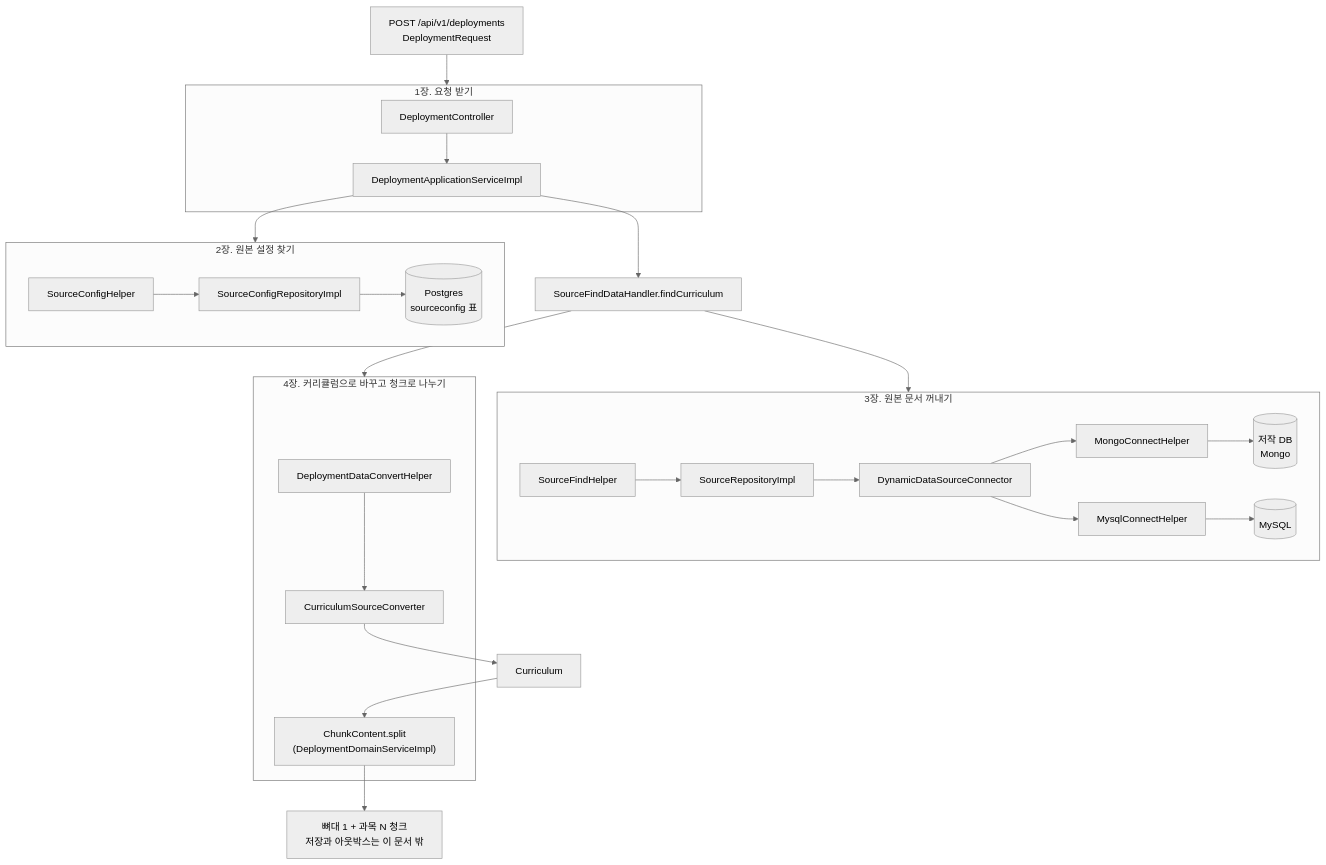
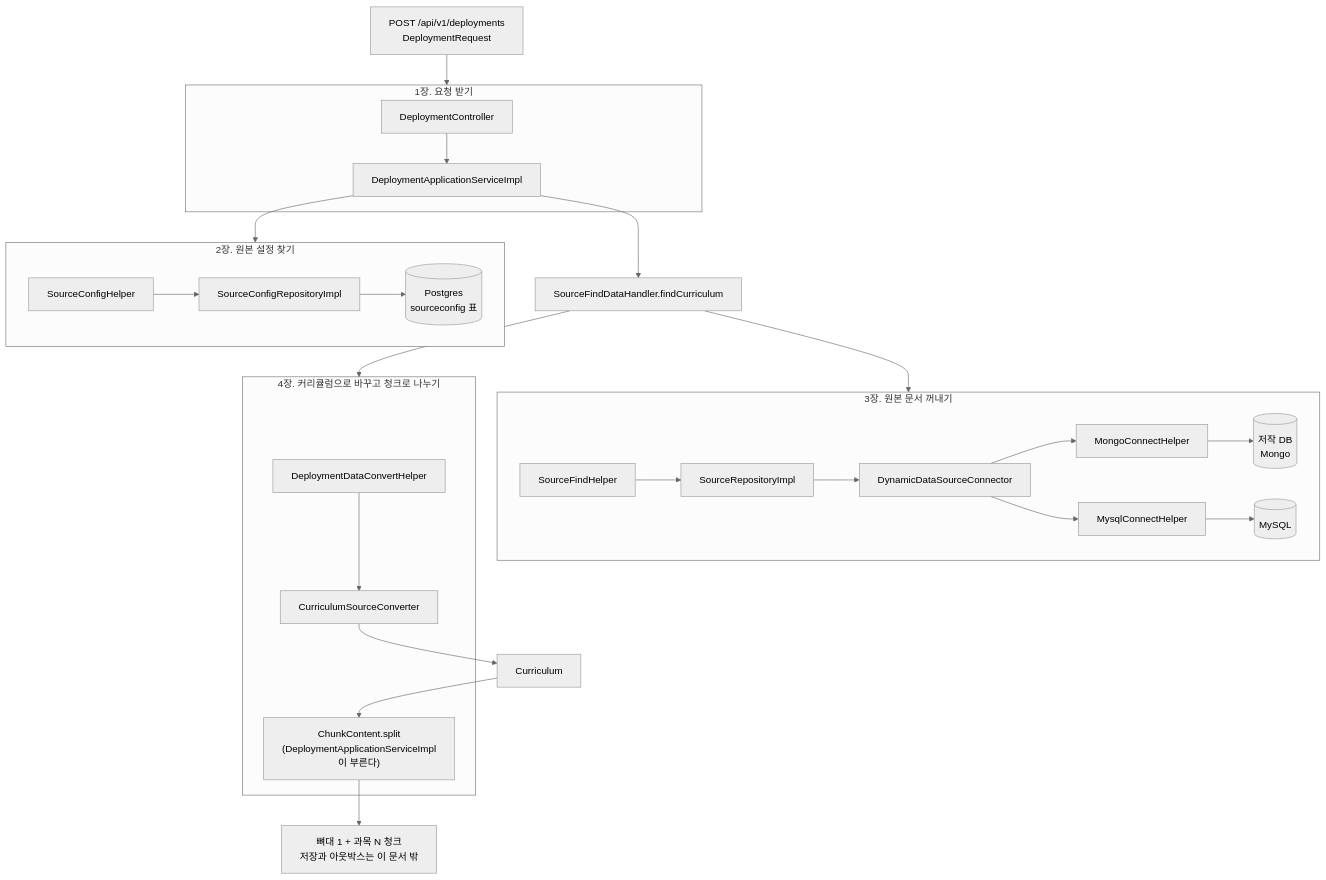
Before and after one commit to brunosong/transfersystem: the first of 15 diagrams in docs/system/source-read.md, drawn with Mermaid (neutral theme). The commit also changed other lines of this file and 6 other files, not shown here.

````diff
--- a/docs/system/source-read.md
+++ b/docs/system/source-read.md
@@ -11,31 +11,31 @@
 ```mermaid
 flowchart TD
   REQ["POST /api/v1/deployments<br/>DeploymentRequest"] --> P1
 
   subgraph P1["1장. 요청 받기"]
     C[DeploymentController] --> S[DeploymentApplicationServiceImpl]
   end
 
   S --> P2
   subgraph P2["2장. 원본 설정 찾기"]
     CH[SourceConfigHelper] --> CR[SourceConfigRepositoryImpl] --> PGDB[(Postgres<br/>sourceconfig 표)]
   end
 
   S --> H[SourceFindDataHandler.findCurriculum]
 
   H --> P3
   subgraph P3["3장. 원본 문서 꺼내기"]
     FH[SourceFindHelper] --> SR[SourceRepositoryImpl] --> DC[DynamicDataSourceConnector]
     DC --> MG[MongoConnectHelper] --> MDB[(저작 DB<br/>Mongo)]
     DC --> MY[MysqlConnectHelper] --> YDB[(MySQL)]
   end
 
   H --> P4
   subgraph P4["4장. 커리큘럼으로 바꾸고 청크로 나누기"]
     DH[DeploymentDataConvertHelper] --> CV[CurriculumSourceConverter]
-    SP["ChunkContent.split<br/>(DeploymentDomainServiceImpl)"]
+    SP["ChunkContent.split<br/>(DeploymentApplicationServiceImpl이 부른다)"]
   end
 
   CV --> CUR["Curriculum"] --> SP
   SP --> NEXT["뼈대 1 + 과목 N 청크<br/>저장과 아웃박스는 이 문서 밖"]
 ```
````
